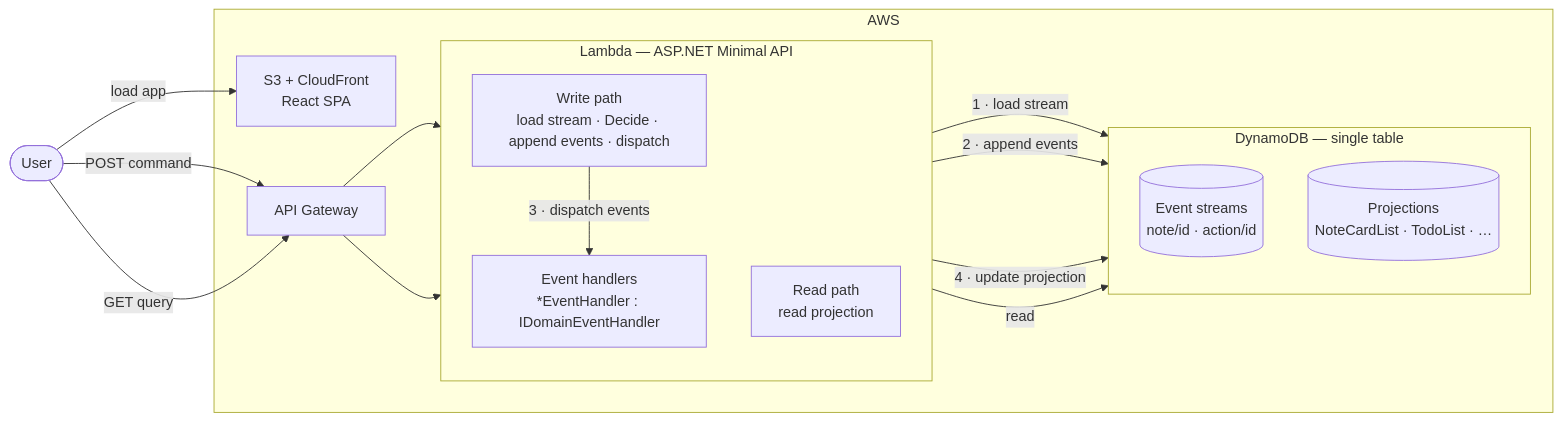
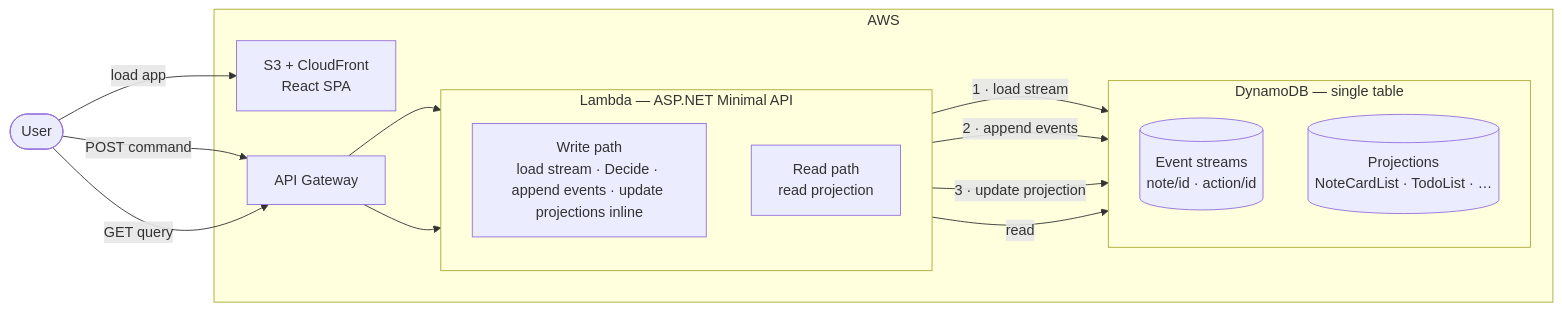
Before and after one commit to simonkirkham/ai-note-taker: the diagram in docs/architecture.md, drawn with Mermaid. The commit also changed other lines of this file and 12 other files, not shown here.

First line of the commit message:
refactor(api): remove dead IDomainEventDispatcher / IDomainEventHandler infra

````diff
--- a/docs/architecture.md
+++ b/docs/architecture.md
@@ -61,35 +60,33 @@
 ```mermaid
 flowchart LR
     User([User])
 
     subgraph AWS [AWS]
         CDN["S3 + CloudFront\nReact SPA"]
         APIGW["API Gateway"]
 
         subgraph Lambda ["Lambda — ASP.NET Minimal API"]
             direction TB
-            WR["Write path\nload stream · Decide · append events · dispatch"]
-            PH["Event handlers\n*EventHandler : IDomainEventHandler"]
+            WR["Write path\nload stream · Decide · append events · update projections inline"]
             RD["Read path\nread projection"]
         end
 
         subgraph DB ["DynamoDB — single table"]
             direction TB
             ES[("Event streams\nnote/id · action/id")]
             RM[("Projections\nNoteCardList · TodoList · …")]
         end
     end
 
     User -- "load app" --> CDN
     User -- "POST command" --> APIGW
     User -- "GET query" --> APIGW
 
     APIGW --> WR
     APIGW --> RD
 
     WR -- "1 · load stream" --> ES
     WR -- "2 · append events" --> ES
-    WR -- "3 · dispatch events" --> PH
-    PH -- "4 · update projection" --> RM
+    WR -- "3 · update projection" --> RM
     RD -- "read" --> RM
 ```
````
